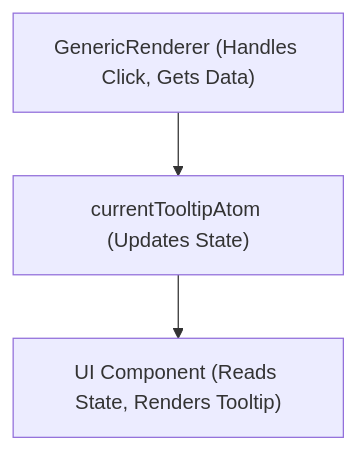
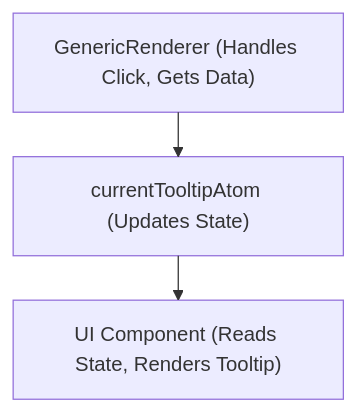
Before and after one commit to konturio/disaster-ninja-fe: the first of 6 diagrams in docs/investigations/renderer-tooltips-popups-report.md, drawn with Mermaid. The commit also changed other lines of this file and 1 other file, not shown here.

````diff
--- a/docs/investigations/renderer-tooltips-popups-report.md
+++ b/docs/investigations/renderer-tooltips-popups-report.md
@@ -33,5 +33,9 @@
 ```mermaid
+---
+config:
+  layout: elk
+---
 graph TD
     GenericRenderer["GenericRenderer (Handles Click, Gets Data)"] --> currentTooltipAtom["currentTooltipAtom (Updates State)"]
     currentTooltipAtom --> UIComponent["UI Component (Reads State, Renders Tooltip)"]
 ```
````
